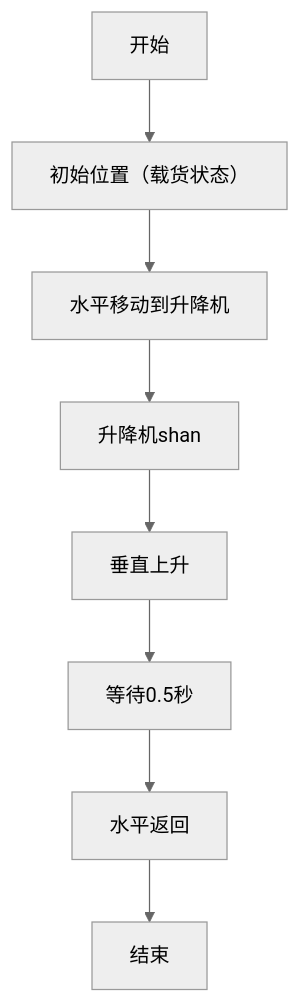
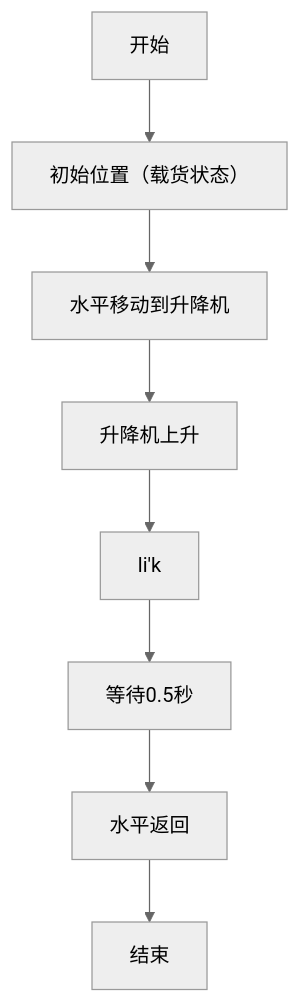
The diagram in all/未命名-1.md (Mrmilu212/iodraw-files), drawn with Mermaid (neutral theme) before and after one commit.

Commit message:
2025-05-20 14:50:29 update

````diff
--- a/all/未命名-1.md
+++ b/all/未命名-1.md
@@ -1,10 +1,10 @@
 ```mermaid
 graph TD
     A[开始] --> B[初始位置（载货状态）]
     B --> C[水平移动到升降机]
-    C --> D[升降机shan]
-    D --> E[垂直上升]
+    C --> D[升降机上升]
+    D --> E[li'k]
     E --> F[等待0.5秒]
     F --> G[水平返回]
     G --> H[结束]
 ```
````
